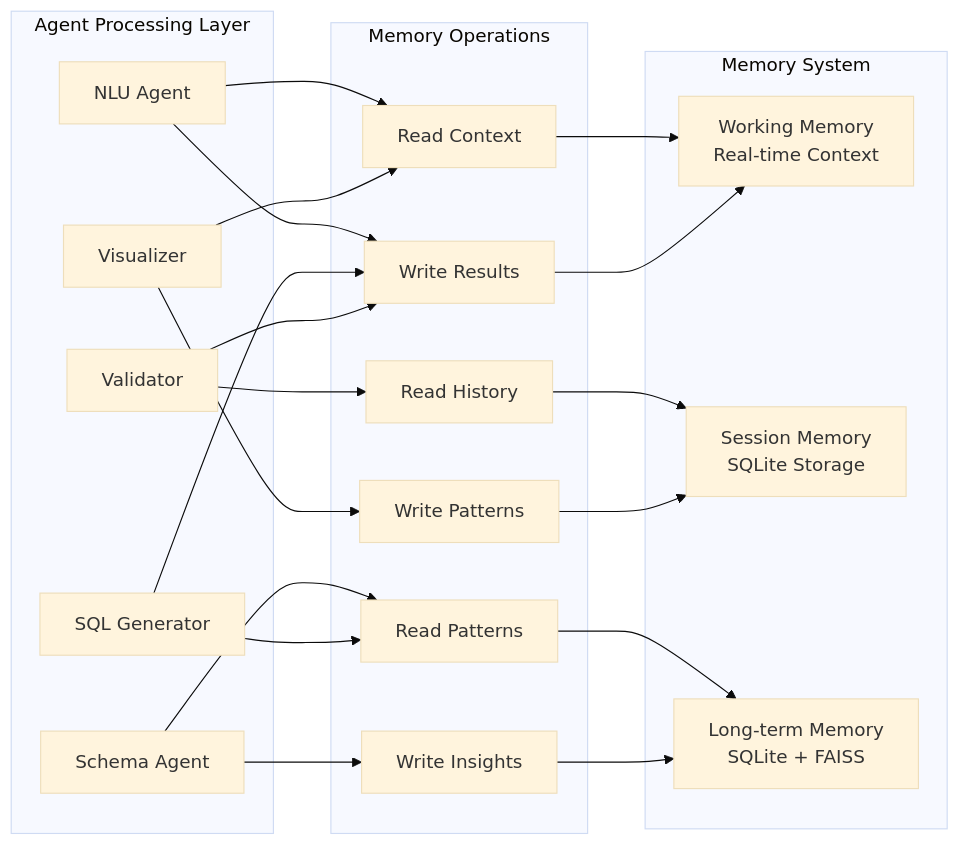
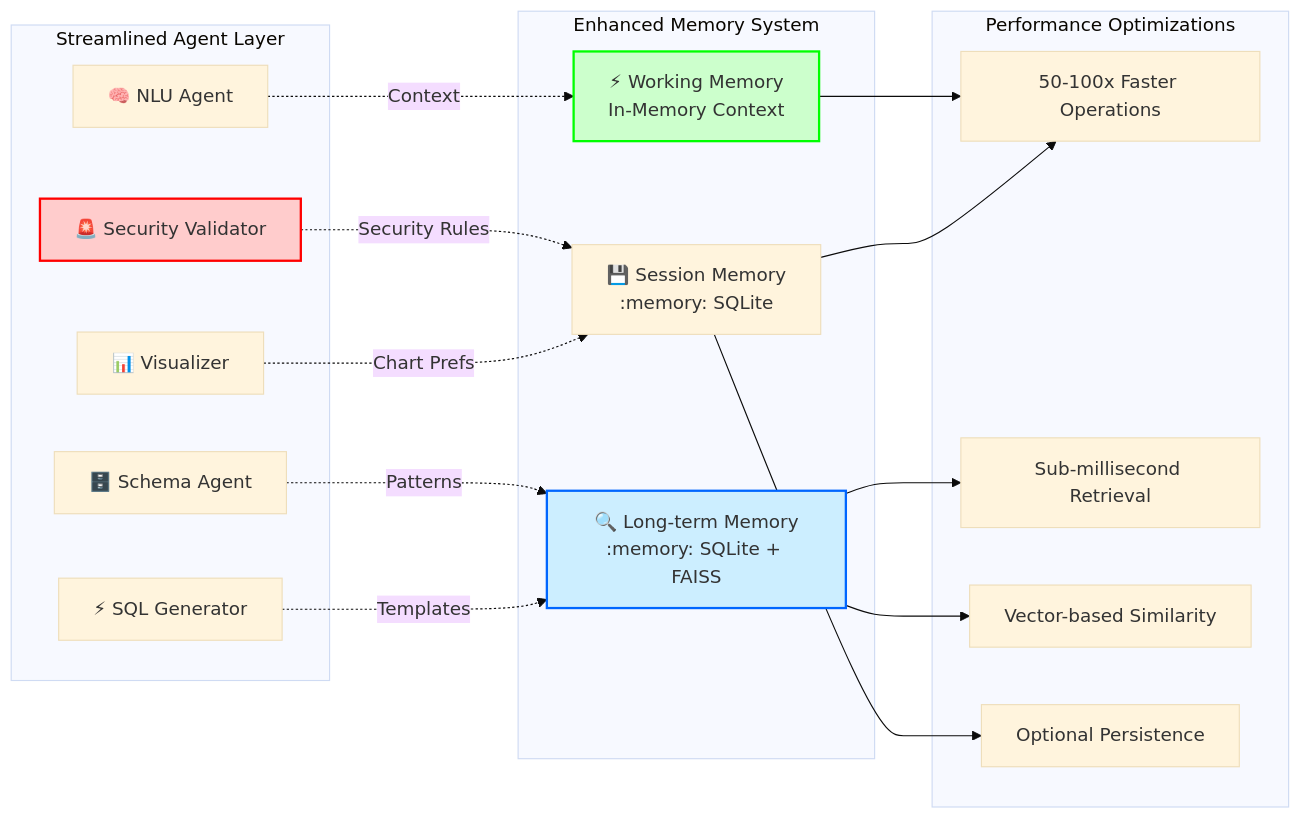
The third of 3 diagrams in WORKFLOW.md (Ab2021/infra), drawn with Mermaid (base theme) before and after one commit. The commit also changed other lines of this file and 4 other files, not shown here.

Commit message:
added sqlite and faiss v3

````diff
--- a/WORKFLOW.md
+++ b/WORKFLOW.md
@@ -133,45 +112,39 @@
 ```mermaid
 graph LR
-    subgraph "Agent Processing Layer"
-        A1[NLU Agent]
-        A2[Schema Agent]
-        A3[SQL Generator]
-        A4[Validator]
-        A5[Visualizer]
+    subgraph "Streamlined Agent Layer"
+        A1[🧠 NLU Agent]
+        A2[🗄️ Schema Agent]
+        A3[⚡ SQL Generator]
+        A4[🚨 Security Validator]
+        A5[📊 Visualizer]
     end
     
-    subgraph "Memory System"
-        WM[Working Memory<br/>Real-time Context]
-        SM[Session Memory<br/>SQLite Storage]
-        LM[Long-term Memory<br/>SQLite + FAISS]
+    subgraph "Enhanced Memory System"
+        WM[⚡ Working Memory<br/>In-Memory Context]
+        SM[💾 Session Memory<br/>:memory: SQLite]
+        LM[🔍 Long-term Memory<br/>:memory: SQLite + FAISS]
     end
     
-    subgraph "Memory Operations"
-        R1[Read Context]
-        R2[Read Patterns]
-        R3[Read History]
-        W1[Write Results]
-        W2[Write Insights]
-        W3[Write Patterns]
+    subgraph "Performance Optimizations"
+        P1[50-100x Faster Operations]
+        P2[Sub-millisecond Retrieval]
+        P3[Vector-based Similarity]
+        P4[Optional Persistence]
     end
     
-    A1 --> R1
-    A2 --> R2
-    A3 --> R2
-    A4 --> R3
-    A5 --> R1
+    A1 -.->|Context| WM
+    A2 -.->|Patterns| LM
+    A3 -.->|Templates| LM
+    A4 -.->|Security Rules| SM
+    A5 -.->|Chart Prefs| SM
     
-    R1 --> WM
-    R2 --> LM
-    R3 --> SM
+    WM --> P1
+    SM --> P1
+    LM --> P2
+    LM --> P3
+    SM --> P4
     
-    A1 --> W1
-    A2 --> W2
-    A3 --> W1
-    A4 --> W1
-    A5 --> W3
-    
-    W1 --> WM
-    W2 --> LM
-    W3 --> SM
+    style A4 fill:#ffcccc,stroke:#ff0000,stroke-width:2px
+    style WM fill:#ccffcc,stroke:#00ff00,stroke-width:2px
+    style LM fill:#cceeff,stroke:#0066ff,stroke-width:2px
 ```
````
